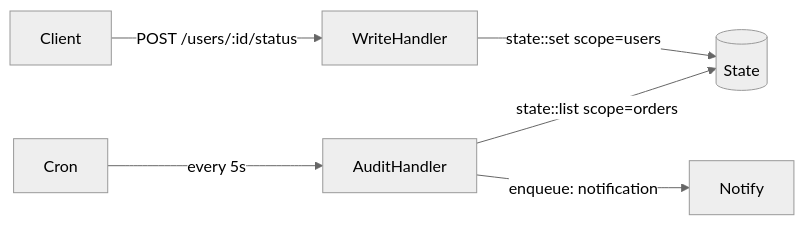
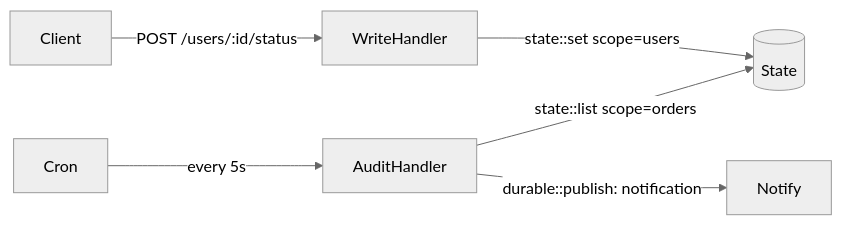
Before and after one commit to iii-hq/iii: the diagram in docs/examples/state-management.mdx, drawn with Mermaid (neutral theme). The commit also changed 7 other files, not shown here.

First line of the commit message:
refactor: update references from enqueue to durable::publish across documentation

````diff
--- a/docs/examples/state-management.mdx
+++ b/docs/examples/state-management.mdx
@@ -8,8 +8,8 @@
 ```mermaid
 graph LR
     Client -->|"POST /users/:id/status"| WriteHandler
     WriteHandler -->|"state::set scope=users"| StateStore[(State)]
     Cron -->|"every 5s"| AuditHandler
     AuditHandler -->|"state::list scope=orders"| StateStore
-    AuditHandler -->|"enqueue: notification"| Notify
+    AuditHandler -->|"durable::publish: notification"| Notify
 ```
````
